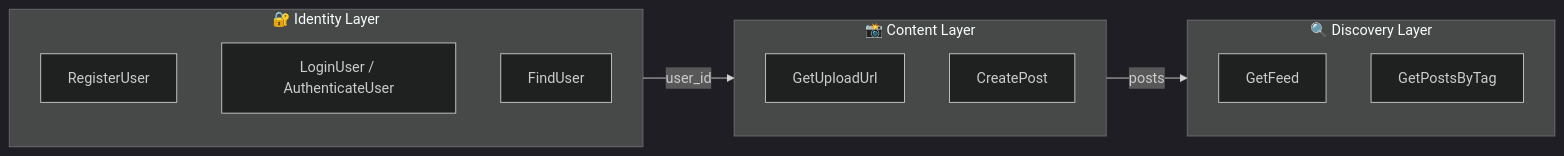
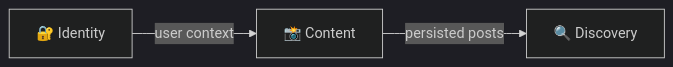
The diagram in PROJECT_GUIDELINES.md (MozartSoares/NexusMedia), drawn with Mermaid (dark theme) before and after one commit. The commit also changed other lines of this file and 38 other files, not shown here.

Commit message:
feat: Implement the discovery module with a GraphQL API for a public image feed, including S3 integration and updated project documentation.

````diff
--- a/PROJECT_GUIDELINES.md
+++ b/PROJECT_GUIDELINES.md
@@ -38,24 +33,5 @@
 ```mermaid
 graph LR
-    subgraph Identity["🔐 Identity Layer"]
-        direction TB
-        A1[RegisterUser]
-        A2[LoginUser / AuthenticateUser]
-        A3[FindUser]
-    end
-
-    subgraph Content["📸 Content Layer"]
-        direction TB
-        B1[GetUploadUrl]
-        B2[CreatePost]
-    end
-
-    subgraph Discovery["🔍 Discovery Layer"]
-        direction TB
-        C1[GetFeed]
-        C2[GetPostsByTag]
-    end
-
-    Identity -->|user_id| Content
-    Content -->|posts| Discovery
+    Identity["🔐 Identity"] -->|user context| Content["📸 Content"]
+    Content -->|persisted posts| Discovery["🔍 Discovery"]
 ```
````
